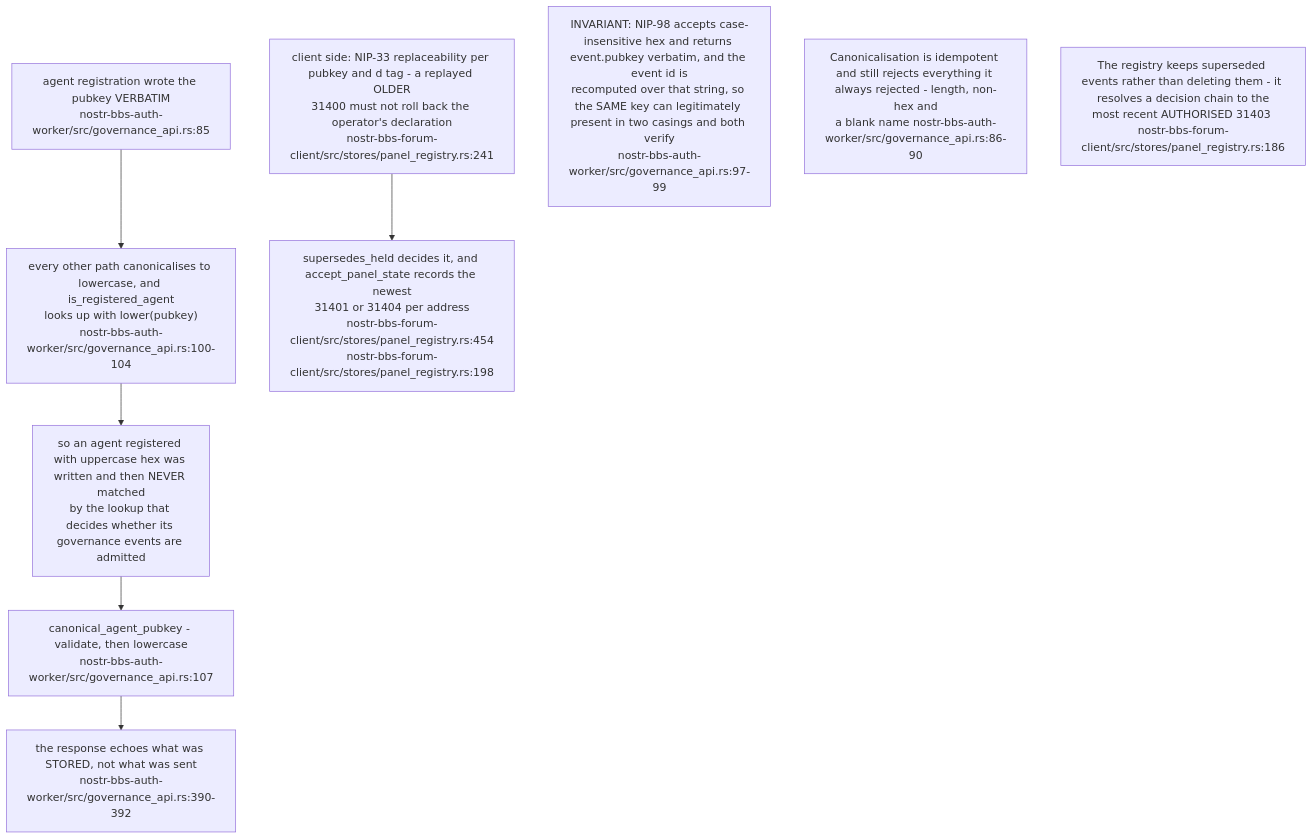
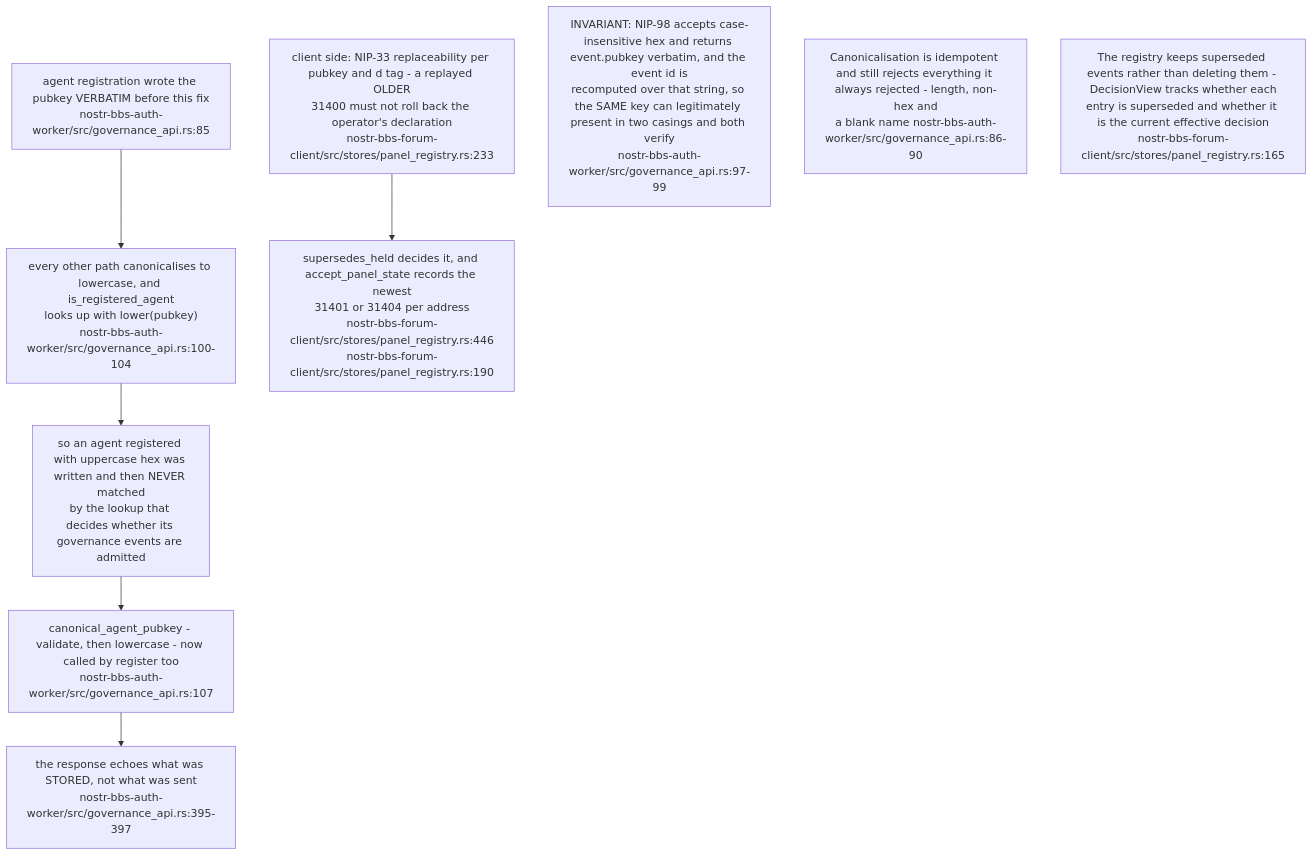
Before and after one commit to DreamLab-AI/VisionFlow: diagram 13 of 14 in docs/diagrams/nostr-rust-forum/06-agent-control-surface-31400-31405.md, drawn with Mermaid. The commit also changed other lines of this file and 136 other files, not shown here.

First line of the commit message:
docs(diagrams): refresh the whole corpus to code HEAD and prune low-value diagrams

````diff
--- a/docs/diagrams/nostr-rust-forum/06-agent-control-surface-31400-31405.md
+++ b/docs/diagrams/nostr-rust-forum/06-agent-control-surface-31400-31405.md
@@ -403,17 +355,17 @@
 ```mermaid
 flowchart TB
-    REG["agent registration wrote the pubkey VERBATIM<br/>nostr-bbs-auth-worker/src/governance_api.rs:85"]
+    REG["agent registration wrote the pubkey VERBATIM before this fix<br/>nostr-bbs-auth-worker/src/governance_api.rs:85"]
     LOOK["every other path canonicalises to lowercase, and is_registered_agent<br/>looks up with lower(pubkey)<br/>nostr-bbs-auth-worker/src/governance_api.rs:100-104"]
     BUG["so an agent registered with uppercase hex was written and then NEVER matched<br/>by the lookup that decides whether its governance events are admitted"]
-    FIX["canonical_agent_pubkey - validate, then lowercase<br/>nostr-bbs-auth-worker/src/governance_api.rs:107"]
-    ECHO["the response echoes what was STORED, not what was sent<br/>nostr-bbs-auth-worker/src/governance_api.rs:390-392"]
-    NIP33["client side: NIP-33 replaceability per pubkey and d tag - a replayed OLDER<br/>31400 must not roll back the operator's declaration<br/>nostr-bbs-forum-client/src/stores/panel_registry.rs:241"]
-    HELD["supersedes_held decides it, and accept_panel_state records the newest<br/>31401 or 31404 per address<br/>nostr-bbs-forum-client/src/stores/panel_registry.rs:454<br/>nostr-bbs-forum-client/src/stores/panel_registry.rs:198"]
+    FIX["canonical_agent_pubkey - validate, then lowercase - now called by register too<br/>nostr-bbs-auth-worker/src/governance_api.rs:107"]
+    ECHO["the response echoes what was STORED, not what was sent<br/>nostr-bbs-auth-worker/src/governance_api.rs:395-397"]
+    NIP33["client side: NIP-33 replaceability per pubkey and d tag - a replayed OLDER<br/>31400 must not roll back the operator's declaration<br/>nostr-bbs-forum-client/src/stores/panel_registry.rs:233"]
+    HELD["supersedes_held decides it, and accept_panel_state records the newest<br/>31401 or 31404 per address<br/>nostr-bbs-forum-client/src/stores/panel_registry.rs:446<br/>nostr-bbs-forum-client/src/stores/panel_registry.rs:190"]
 
     REG --> LOOK --> BUG --> FIX --> ECHO
     NIP33 --> HELD
 
     N1["INVARIANT: NIP-98 accepts case-insensitive hex and returns event.pubkey verbatim, and the event id is<br/>recomputed over that string, so the SAME key can legitimately present in two casings and both verify<br/>nostr-bbs-auth-worker/src/governance_api.rs:97-99"]
     N2["Canonicalisation is idempotent and still rejects everything it always rejected - length, non-hex and<br/>a blank name nostr-bbs-auth-worker/src/governance_api.rs:86-90"]
-    N3["The registry keeps superseded events rather than deleting them - it resolves a decision chain to the<br/>most recent AUTHORISED 31403 nostr-bbs-forum-client/src/stores/panel_registry.rs:186"]
+    N3["The registry keeps superseded events rather than deleting them - DecisionView tracks whether each<br/>entry is superseded and whether it is the current effective decision<br/>nostr-bbs-forum-client/src/stores/panel_registry.rs:165"]
 ```
````
